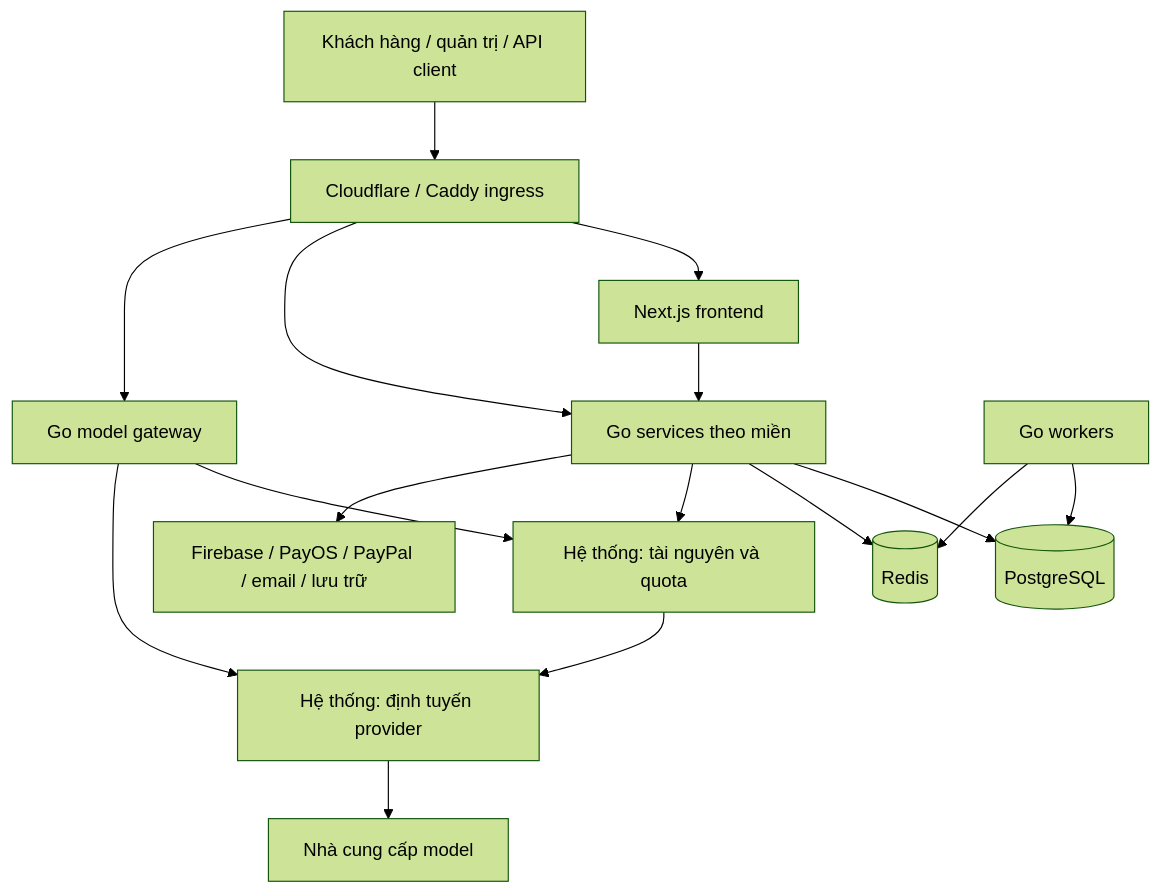
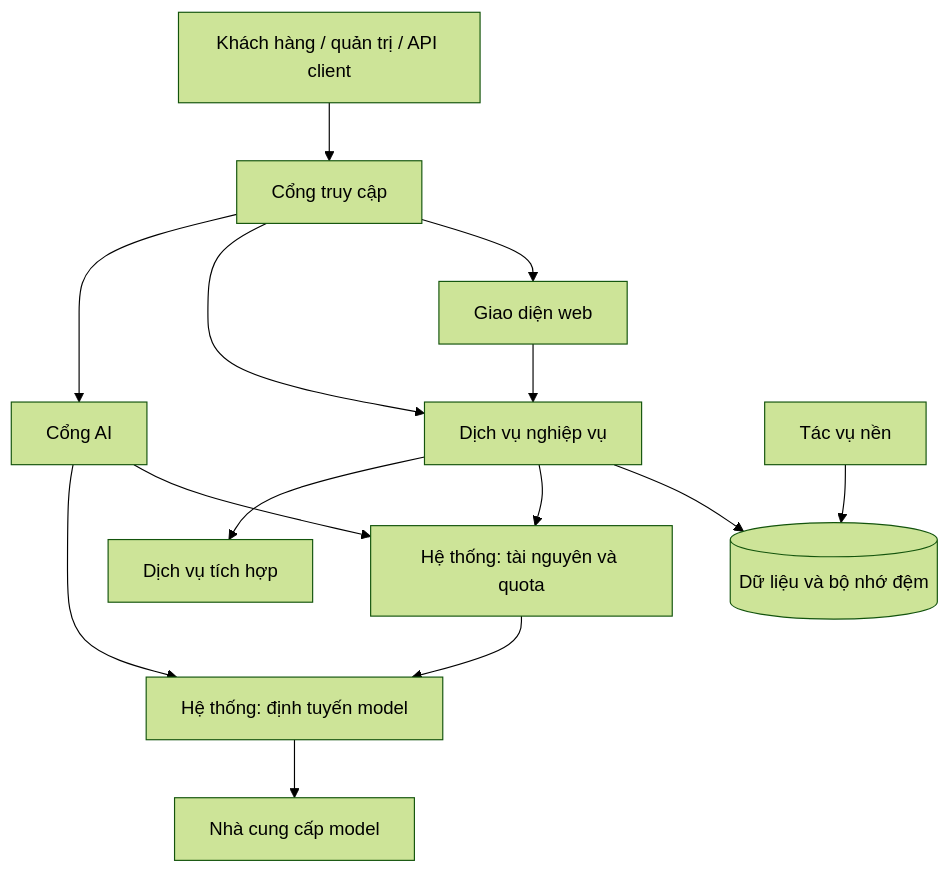
The diagram in README.md (levantri10/shopaipro-overview), drawn with Mermaid (forest theme) before and after one commit. The commit also changed other lines of this file, not shown here.

````diff
--- a/README.md
+++ b/README.md
@@ -61,18 +57,16 @@
 ```mermaid
 flowchart TB
-    U[Khách hàng / quản trị / API client] --> EDGE[Cloudflare / Caddy ingress]
-    EDGE --> WEB[Next.js frontend]
-    EDGE --> API[Go services theo miền]
-    EDGE --> GW[Go model gateway]
+    U[Khách hàng / quản trị / API client] --> EDGE[Cổng truy cập]
+    EDGE --> WEB[Giao diện web]
+    EDGE --> API[Dịch vụ nghiệp vụ]
+    EDGE --> GW[Cổng AI]
     WEB --> API
-    API --> PG[(PostgreSQL)]
-    API --> RD[(Redis)]
-    W[Go workers] --> PG
-    W --> RD
-    API --> NEW[Hệ thống: tài nguyên và quota]
-    GW --> NEW
-    GW --> ROUTER[Hệ thống: định tuyến provider]
-    NEW --> ROUTER
-    ROUTER --> PROVIDER[Nhà cung cấp model]
-    API --> EXT[Firebase / PayOS / PayPal / email / lưu trữ]
+    API --> DATA[(Dữ liệu và bộ nhớ đệm)]
+    WORK[Tác vụ nền] --> DATA
+    API --> ACCESS[Hệ thống: tài nguyên và quota]
+    GW --> ACCESS
+    GW --> ROUTING[Hệ thống: định tuyến model]
+    ACCESS --> ROUTING
+    ROUTING --> PROVIDER[Nhà cung cấp model]
+    API --> EXT[Dịch vụ tích hợp]
 ```
````
